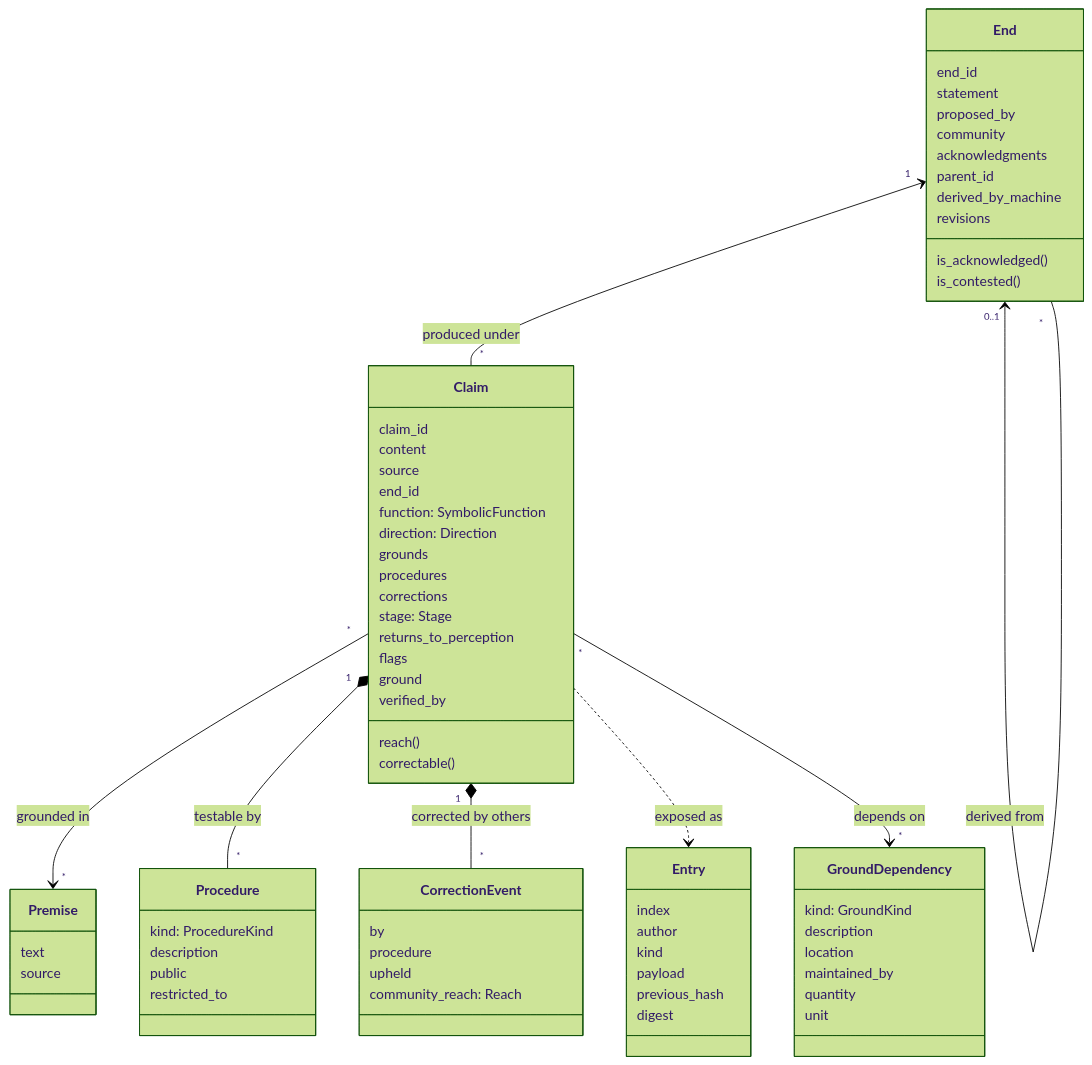
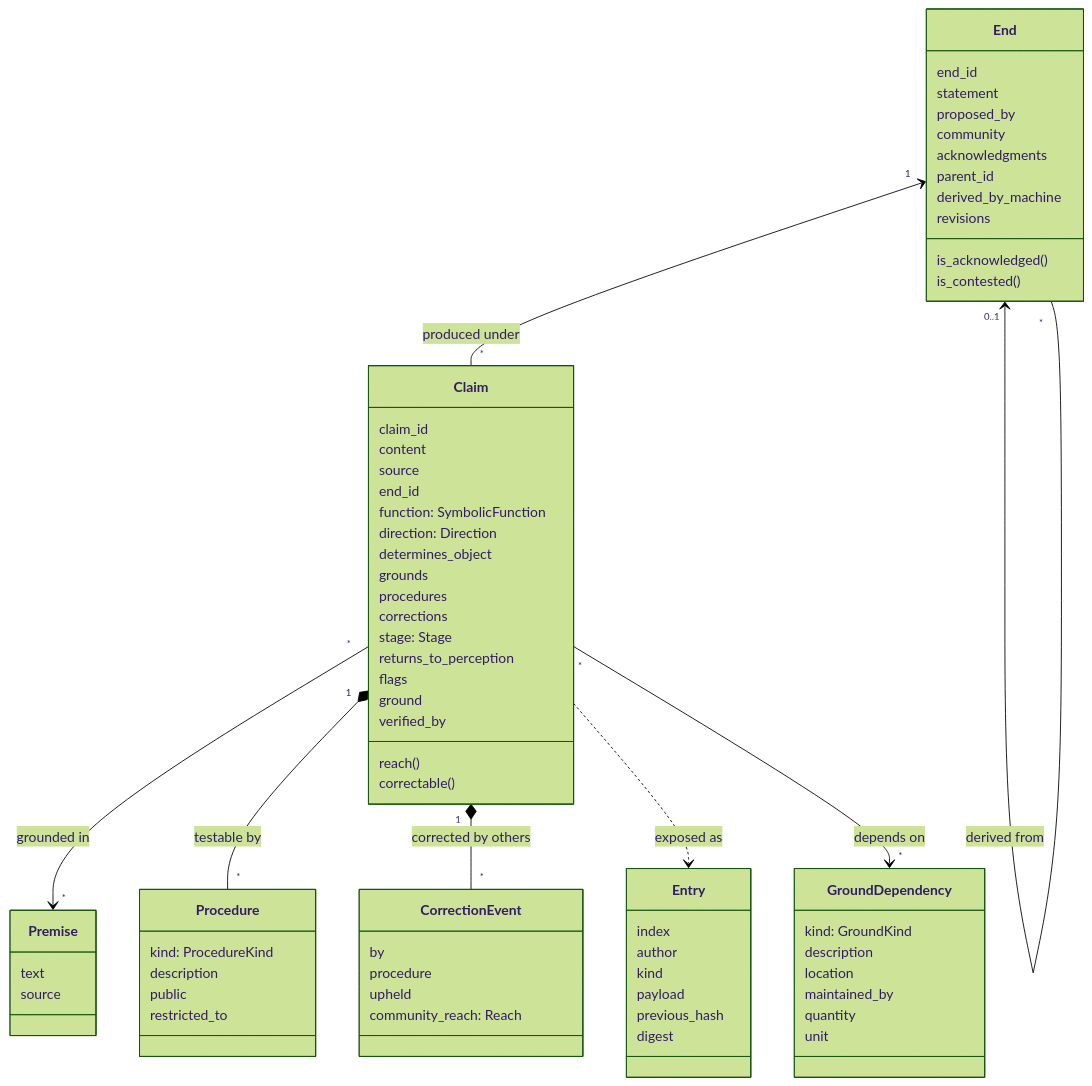
Before and after one commit to italosantosclemente/AGI-GAIA-TECHNE: the third of 5 diagrams in README.md, drawn with Mermaid (forest theme). The commit also changed other lines of this file and 6 other files, not shown here.

````diff
--- a/README.md
+++ b/README.md
@@ -257,72 +268,73 @@
 ```mermaid
 classDiagram
     class End {
         end_id
         statement
         proposed_by
         community
         acknowledgments
         parent_id
         derived_by_machine
         revisions
         is_acknowledged()
         is_contested()
     }
     class Premise {
         text
         source
     }
     class Claim {
         claim_id
         content
         source
         end_id
         function: SymbolicFunction
         direction: Direction
+        determines_object
         grounds
         procedures
         corrections
         stage: Stage
         returns_to_perception
         flags
         ground
         verified_by
         reach()
         correctable()
     }
     class Procedure {
         kind: ProcedureKind
         description
         public
         restricted_to
     }
     class CorrectionEvent {
         by
         procedure
         upheld
         community_reach: Reach
     }
     class GroundDependency {
         kind: GroundKind
         description
         location
         maintained_by
         quantity
         unit
     }
     class Entry {
         index
         author
         kind
         payload
         previous_hash
         digest
     }
     End "1" <-- "*" Claim : produced under
     Claim "*" --> "*" Premise : grounded in
     Claim "1" *-- "*" Procedure : testable by
     Claim "1" *-- "*" CorrectionEvent : corrected by others
     Claim ..> Entry : exposed as
     Claim "*" --> "*" GroundDependency : depends on
     End "0..1" <-- "*" End : derived from
 ```
````
